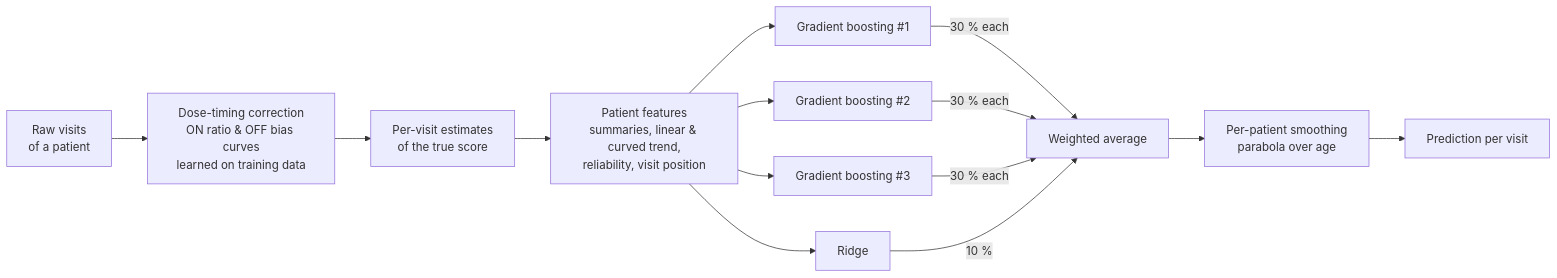
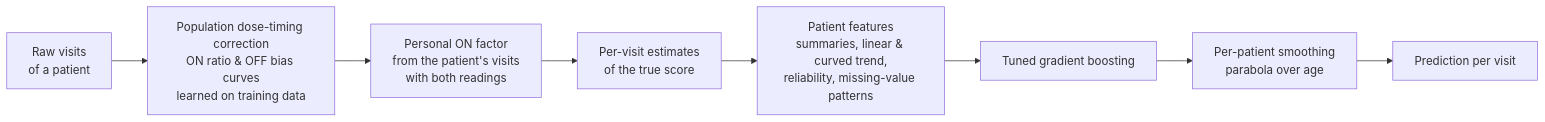
Before and after one commit to MadeleineAhmed/IBMHackathonGroup1: the second of 2 diagrams in METHODOLOGY.md, drawn with Mermaid. The commit also changed other lines of this file and 2 other files, not shown here.

````diff
--- a/METHODOLOGY.md
+++ b/METHODOLOGY.md
@@ -115,14 +118,10 @@
 ```mermaid
 flowchart LR
-    A[Raw visits<br/>of a patient] --> B[Dose-timing correction<br/>ON ratio & OFF bias curves<br/>learned on training data]
-    B --> C[Per-visit estimates<br/>of the true score]
-    C --> D[Patient features<br/>summaries, linear & curved trend,<br/>reliability, visit position]
-    D --> E1[Gradient boosting #1]
-    D --> E2[Gradient boosting #2]
-    D --> E3[Gradient boosting #3]
-    D --> E4[Ridge]
-    E1 & E2 & E3 -->|30 % each| F[Weighted average]
-    E4 -->|10 %| F
-    F --> G[Per-patient smoothing<br/>parabola over age]
+    A[Raw visits<br/>of a patient] --> B[Population dose-timing correction<br/>ON ratio & OFF bias curves<br/>learned on training data]
+    B --> P[Personal ON factor<br/>from the patient's visits<br/>with both readings]
+    P --> C[Per-visit estimates<br/>of the true score]
+    C --> D[Patient features<br/>summaries, linear & curved trend,<br/>reliability, missing-value patterns]
+    D --> E[Tuned gradient boosting]
+    E --> G[Per-patient smoothing<br/>parabola over age]
     G --> H[Prediction per visit]
 ```
````
